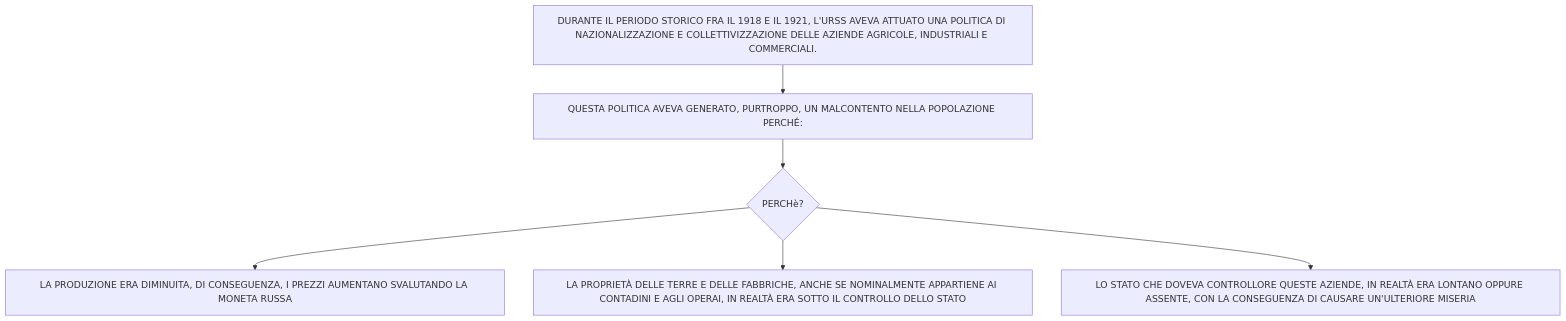
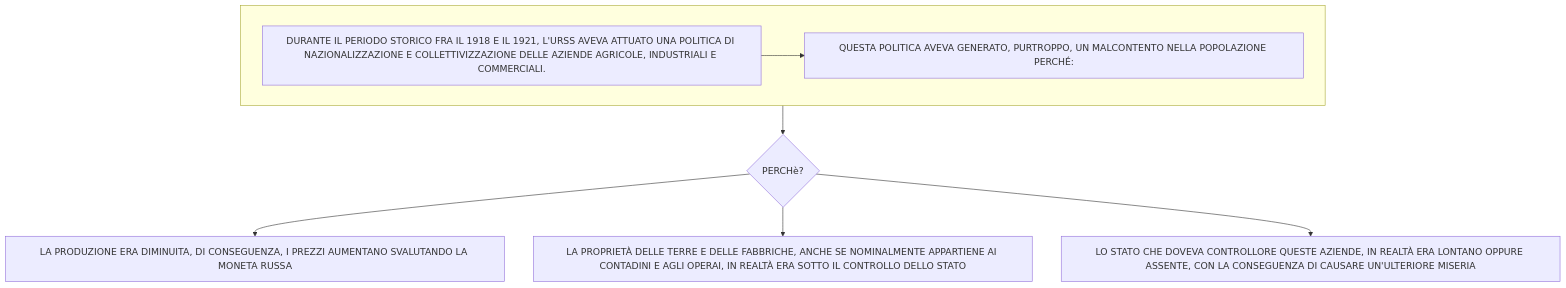
One commit to Laaouatni/ricerca-storia-MermaidJS changed diagram 17 of 17 in stalinismoRiscrittura.md. Above: the diagram before and after it, drawn with Mermaid.

````diff
--- a/stalinismoRiscrittura.md
+++ b/stalinismoRiscrittura.md
@@ -332,11 +332,15 @@
 ```mermaid
 %%{init: { "flowchart": { "wrappingWidth": 800 } }}%%
 flowchart TB
-  0[DURANTE IL PERIODO STORICO FRA IL 1918 E IL 1921, L'URSS AVEVA ATTUATO UNA POLITICA DI NAZIONALIZZAZIONE E COLLETTIVIZZAZIONE DELLE AZIENDE AGRICOLE, INDUSTRIALI E COMMERCIALI.]
-  1[QUESTA POLITICA AVEVA GENERATO, PURTROPPO, UN MALCONTENTO NELLA POPOLAZIONE PERCHÉ:]
+  subgraph 3[" "]
+    0[DURANTE IL PERIODO STORICO FRA IL 1918 E IL 1921, L'URSS AVEVA ATTUATO UNA POLITICA DI NAZIONALIZZAZIONE E COLLETTIVIZZAZIONE DELLE AZIENDE AGRICOLE, INDUSTRIALI E COMMERCIALI.]
+    1[QUESTA POLITICA AVEVA GENERATO, PURTROPPO, UN MALCONTENTO NELLA POPOLAZIONE PERCHÉ:]
+  end
   2{PERCHè?}
   20[LA PRODUZIONE ERA DIMINUITA, DI CONSEGUENZA, I PREZZI AUMENTANO SVALUTANDO LA MONETA RUSSA]
   21[LA PROPRIETÀ DELLE TERRE E DELLE FABBRICHE, ANCHE SE NOMINALMENTE APPARTIENE AI CONTADINI E AGLI OPERAI, IN REALTÀ ERA SOTTO IL CONTROLLO DELLO STATO]
   22[LO STATO CHE DOVEVA CONTROLLORE QUESTE AZIENDE, IN REALTÀ ERA LONTANO OPPURE ASSENTE, CON LA CONSEGUENZA DI CAUSARE UN'ULTERIORE MISERIA]
-  0 --> 1 --> 2 --> 20 & 21 & 22
+  0 --> 1 
+  3 --> 2
+  2 --> 20 & 21 & 22
 ```
````
